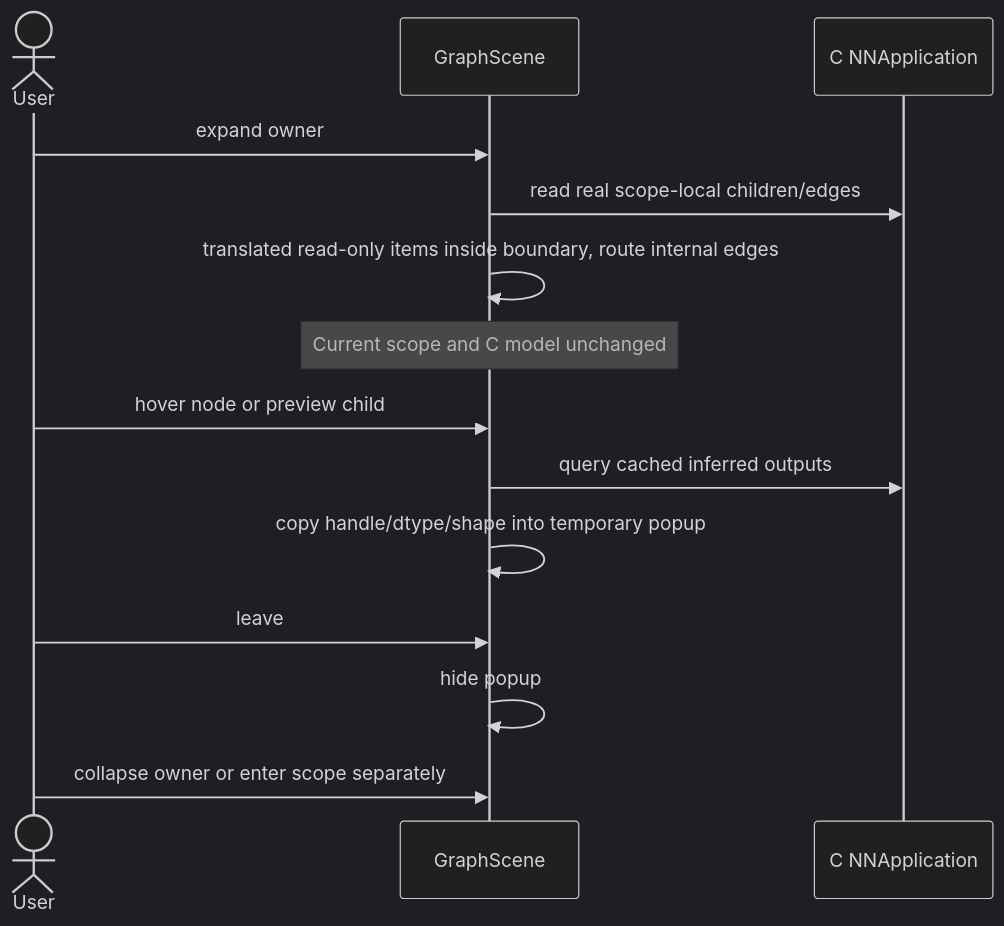
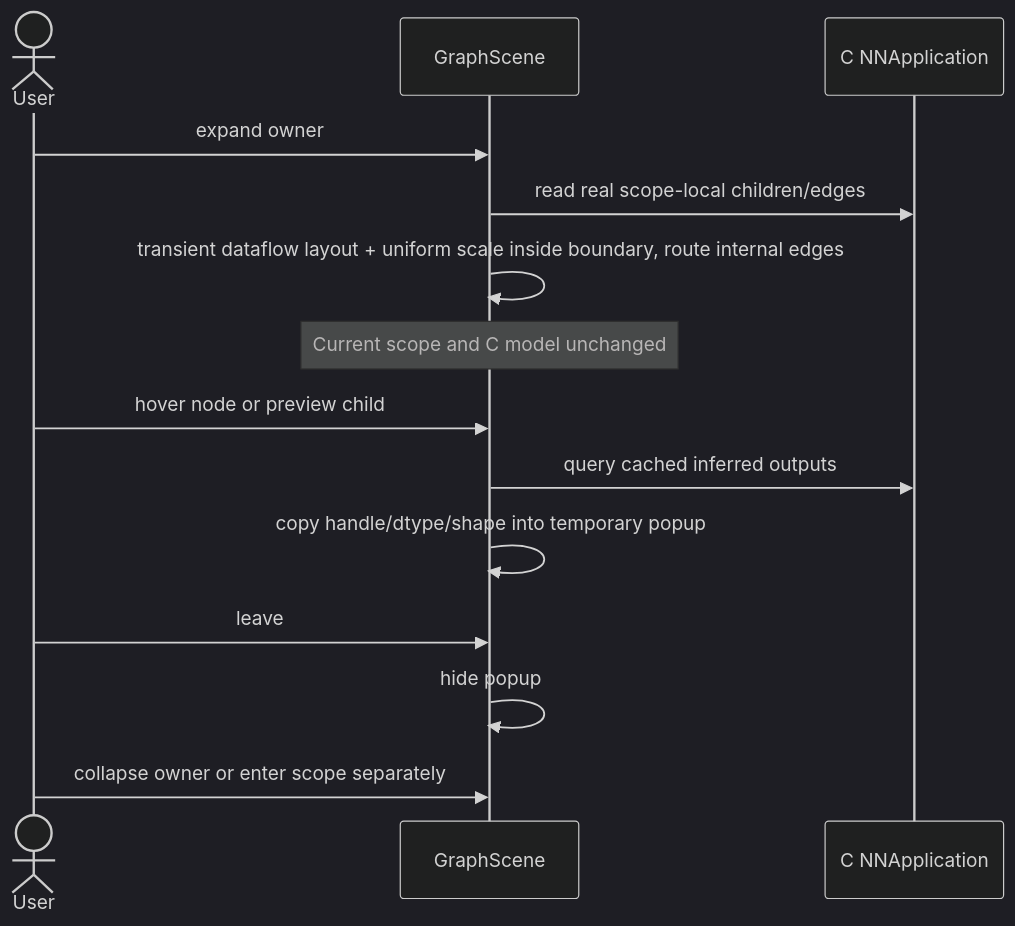
Before and after one commit to LucaSforza/nnmodelling-ui: diagram 14 of 15 in docs/knowledge/uml/sequences.md, drawn with Mermaid (dark theme). The commit also changed other lines of this file and 4 other files, not shown here.

Commit message:
docs: accept graph edit history and centered preview layout

````diff
--- a/docs/knowledge/uml/sequences.md
+++ b/docs/knowledge/uml/sequences.md
@@ -326,16 +326,16 @@
 ```mermaid
 sequenceDiagram
     actor User
     participant Scene as GraphScene
     participant App as C NNApplication
     User->>Scene: expand owner
     Scene->>App: read real scope-local children/edges
-    Scene->>Scene: translated read-only items inside boundary, route internal edges
+    Scene->>Scene: transient dataflow layout + uniform scale inside boundary, route internal edges
     Note over Scene: Current scope and C model unchanged
     User->>Scene: hover node or preview child
     Scene->>App: query cached inferred outputs
     Scene->>Scene: copy handle/dtype/shape into temporary popup
     User->>Scene: leave
     Scene->>Scene: hide popup
     User->>Scene: collapse owner or enter scope separately
 ```
````
